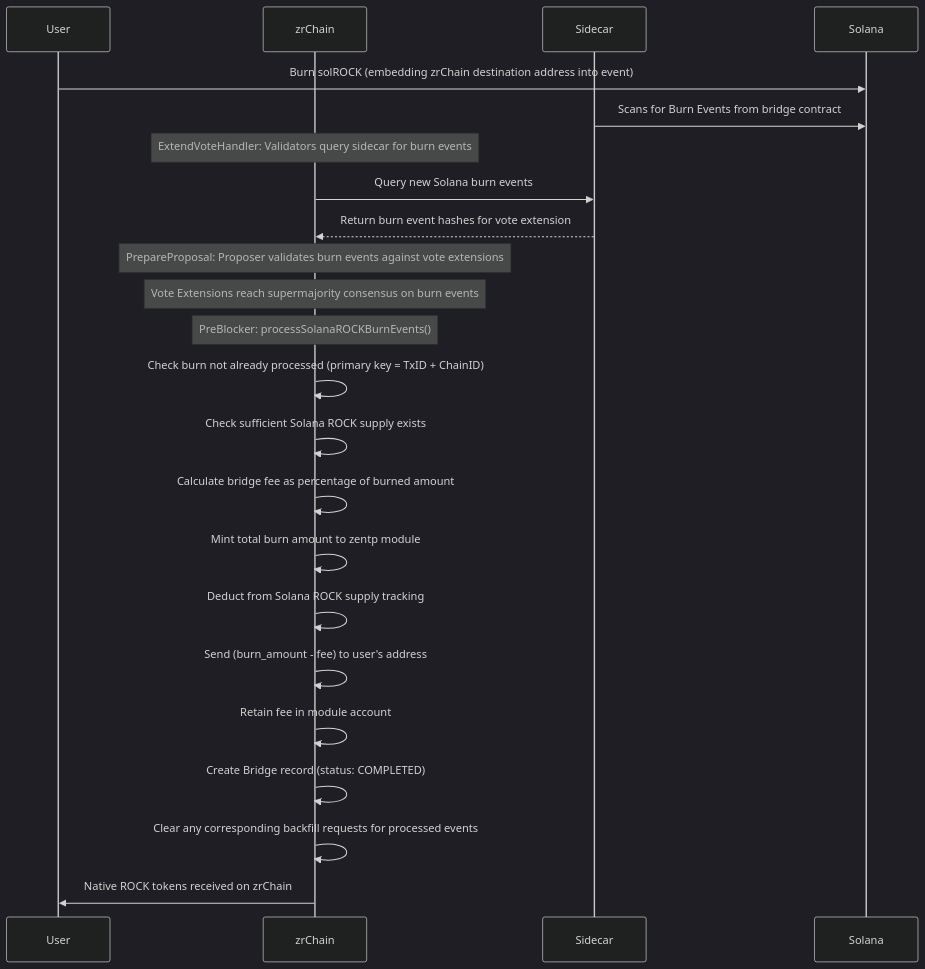
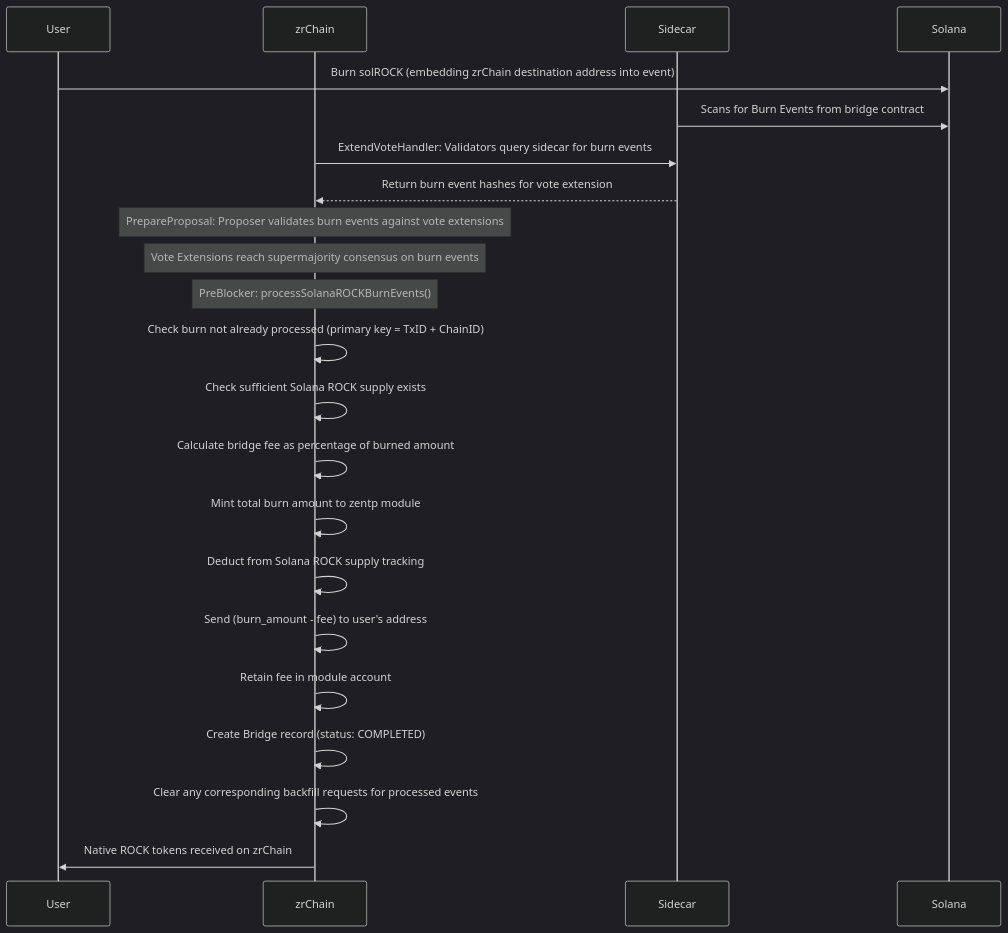
Before and after one commit to zenrocklabs/zrchain: the fourth of 4 diagrams in docs/README.md, drawn with Mermaid (dark theme). The commit also changed other lines of this file, not shown here.

````diff
--- a/docs/README.md
+++ b/docs/README.md
@@ -380,27 +365,26 @@
 ```mermaid
 sequenceDiagram
     participant User
     participant zrChain
     participant Sidecar
     participant Solana
 
     User->>Solana: Burn solROCK (embedding zrChain destination address into event)
     Sidecar->>Solana: Scans for Burn Events from bridge contract
-    Note over zrChain: ExtendVoteHandler: Validators query sidecar for burn events
-    zrChain->>Sidecar: Query new Solana burn events
+    zrChain->>Sidecar: ExtendVoteHandler: Validators query sidecar for burn events
     Sidecar-->>zrChain: Return burn event hashes for vote extension
     Note over zrChain: PrepareProposal: Proposer validates burn events against vote extensions
     Note over zrChain: Vote Extensions reach supermajority consensus on burn events
 
     Note over zrChain: PreBlocker: processSolanaROCKBurnEvents()
     zrChain->>zrChain: Check burn not already processed (primary key = TxID + ChainID)
     zrChain->>zrChain: Check sufficient Solana ROCK supply exists
     zrChain->>zrChain: Calculate bridge fee as percentage of burned amount
     zrChain->>zrChain: Mint total burn amount to zentp module
     zrChain->>zrChain: Deduct from Solana ROCK supply tracking
     zrChain->>zrChain: Send (burn_amount - fee) to user's address
     zrChain->>zrChain: Retain fee in module account
     zrChain->>zrChain: Create Bridge record (status: COMPLETED)
     zrChain->>zrChain: Clear any corresponding backfill requests for processed events
     zrChain->>User: Native ROCK tokens received on zrChain
 ```
````
